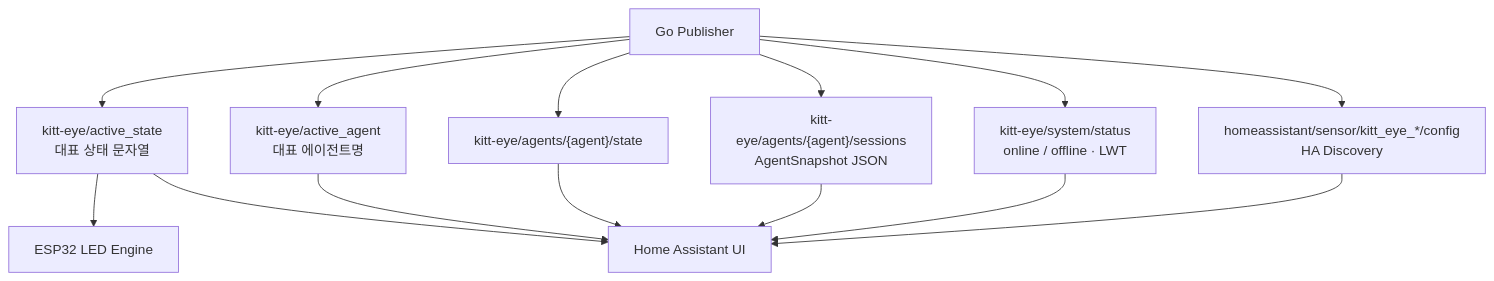
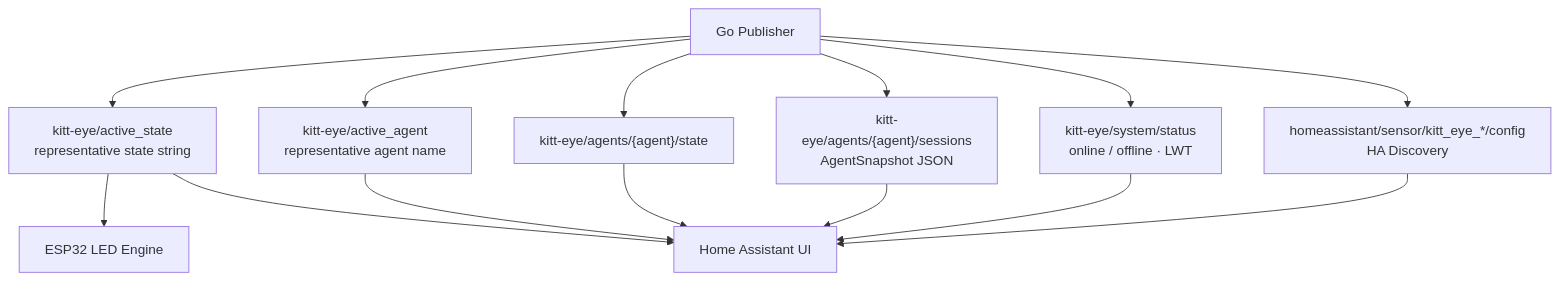
Before and after one commit to suapapa/kitt-eye: the fourth of 6 diagrams in docs/architecture.md, drawn with Mermaid. The commit also changed other lines of this file, not shown here.

Commit message:
Update architecture documentation to English
Translate MQTT topic descriptions from Korean to English in the
Mermaid diagram and note the location of visual diagrams.

````diff
--- a/docs/architecture.md
+++ b/docs/architecture.md
@@ -108,13 +110,13 @@
 ```mermaid
 flowchart TB
-    PUB["Go Publisher"] --> ACT["kitt-eye/active_state<br/>대표 상태 문자열"]
-    PUB --> AGT["kitt-eye/active_agent<br/>대표 에이전트명"]
+    PUB["Go Publisher"] --> ACT["kitt-eye/active_state<br/>representative state string"]
+    PUB --> AGT["kitt-eye/active_agent<br/>representative agent name"]
     PUB --> AST["kitt-eye/agents/{agent}/state"]
     PUB --> SES["kitt-eye/agents/{agent}/sessions<br/>AgentSnapshot JSON"]
     PUB --> SYS["kitt-eye/system/status<br/>online / offline · LWT"]
     PUB --> HAD["homeassistant/sensor/kitt_eye_*/config<br/>HA Discovery"]
 
     ACT --> MCU["ESP32 LED Engine"]
     ACT & AGT & AST & SES & SYS --> HA["Home Assistant UI"]
     HAD --> HA
 ```
````
